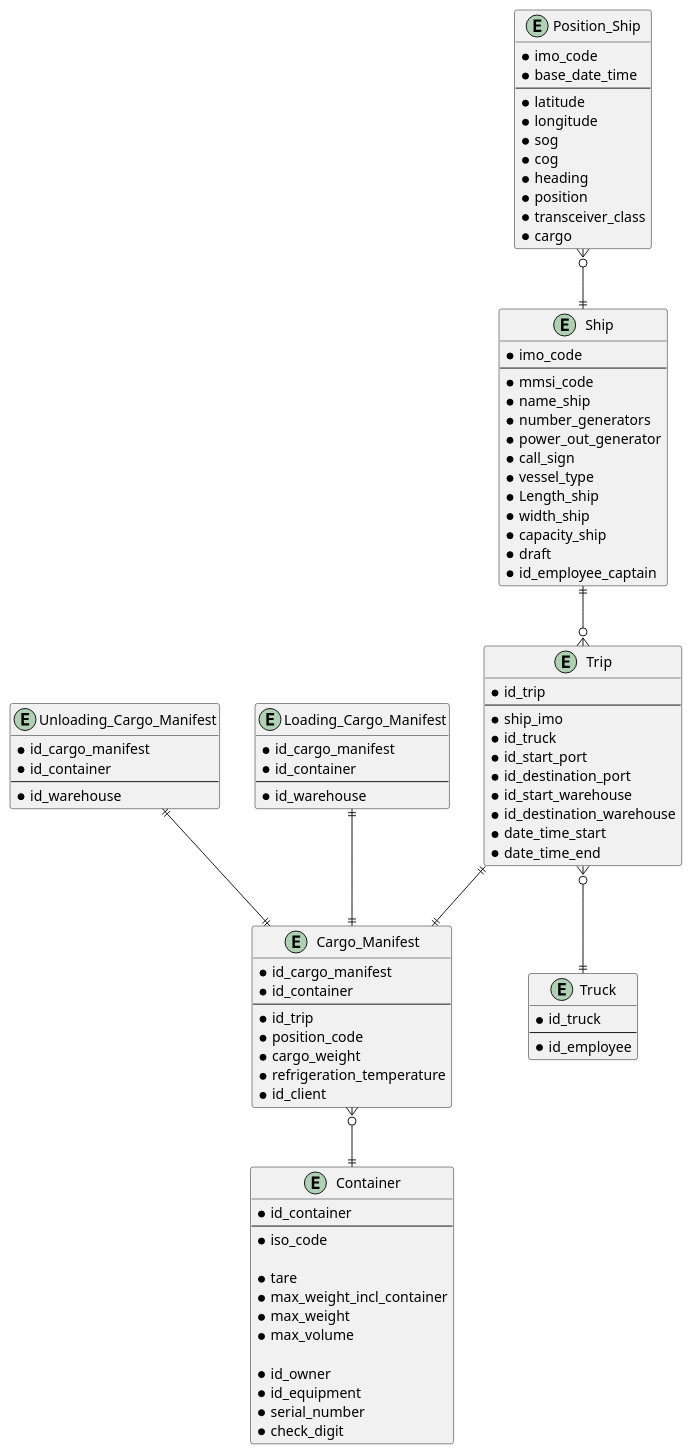
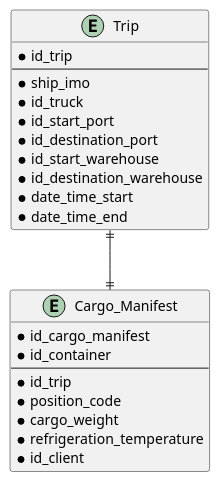
One commit to 1190772/LAB-Project-3 changed the diagram in docs/Sprint 3/US/US305/US305_RM.puml. Above: the diagram before and after it, drawn with PlantUML. The commit also changed 10 other files, not shown here.

```diff
--- a/docs/Sprint 3/US/US305/US305_RM.puml
+++ b/docs/Sprint 3/US/US305/US305_RM.puml
@@ -1,103 +1,32 @@
 @startuml
 'https://plantuml.com/class-diagram
 
 entity Trip {
 * id_trip
 --
 * ship_imo
 * id_truck
 * id_start_port
 * id_destination_port
 * id_start_warehouse
 * id_destination_warehouse
 * date_time_start
 * date_time_end
 }
 
-entity Container {
-* id_container
---
-* iso_code
-
-* tare
-* max_weight_incl_container
-* max_weight
-* max_volume
-
-* id_owner
-* id_equipment
-* serial_number
-* check_digit
-}
 entity Cargo_Manifest {
 * id_cargo_manifest
 * id_container
 --
 * id_trip
 * position_code
 * cargo_weight
 * refrigeration_temperature
 * id_client
 }
 
-entity Unloading_Cargo_Manifest {
-* id_cargo_manifest
-* id_container
---
-* id_warehouse
-}
-
-entity Loading_Cargo_Manifest {
-* id_cargo_manifest
-* id_container
---
-* id_warehouse
-}
-
-entity Truck {
-* id_truck
---
-* id_employee
-}
-
-entity Ship {
-* imo_code
---
-* mmsi_code
-* name_ship
-* number_generators
-* power_out_generator
-* call_sign
-* vessel_type
-* Length_ship
-* width_ship
-* capacity_ship
-* draft
-* id_employee_captain
-}
-
-entity Position_Ship {
-* imo_code
-* base_date_time
---
-* latitude
-* longitude
-* sog
-* cog
-* heading
-* position
-* transceiver_class
-* cargo
-}
-
 
 Trip ||--|| Cargo_Manifest
-Cargo_Manifest }o--|| Container
-Position_Ship }o--|| Ship
-Trip }o--|| Truck
-Ship ||--o{ Trip
-Unloading_Cargo_Manifest ||--|| Cargo_Manifest
-Loading_Cargo_Manifest ||--|| Cargo_Manifest
 
 
 @enduml
```
